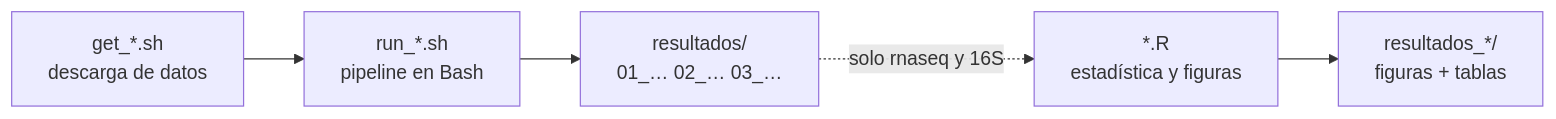
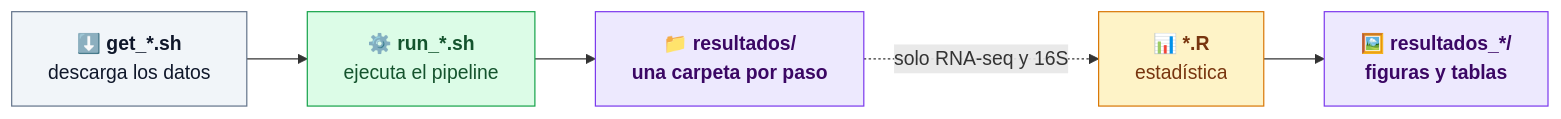
Before and after one commit to AndoniM12/ngs-pipelines: the second of 8 diagrams in README.md, drawn with Mermaid. The commit also changed other lines of this file, not shown here.

First line of the commit message:
Diagramas más visuales en el README y nota sobre emrD

````diff
--- a/README.md
+++ b/README.md
@@ -156,5 +169,16 @@
 ```mermaid
 flowchart LR
-    A["get_*.sh<br/>descarga de datos"] --> B["run_*.sh<br/>pipeline en Bash"] --> C["resultados/<br/>01_… 02_… 03_…"]
-    C -. "solo rnaseq y 16S" .-> D["*.R<br/>estadística y figuras"] --> E["resultados_*/<br/>figuras + tablas"]
+    A["⬇️ <b>get_*.sh</b><br/>descarga los datos"] --> B["⚙️ <b>run_*.sh</b><br/>ejecuta el pipeline"] --> C["📁 <b>resultados/</b><br/>una carpeta por paso"]
+    C -. "solo RNA-seq y 16S" .-> D["📊 <b>*.R</b><br/>estadística"] --> E["🖼️ <b>resultados_*/</b><br/>figuras y tablas"]
+
+    class A dato
+    class B proc
+    class C,E res
+    class D ana
+    classDef dato fill:#f1f5f9,stroke:#64748b,color:#0f172a
+    classDef qc fill:#dbeafe,stroke:#2563eb,color:#1e3a8a
+    classDef proc fill:#dcfce7,stroke:#16a34a,color:#14532d
+    classDef ana fill:#fef3c7,stroke:#d97706,color:#78350f
+    classDef inter fill:#fce7f3,stroke:#db2777,color:#831843
+    classDef res fill:#ede9fe,stroke:#7c3aed,color:#3b0764,font-weight:bold
 ```
````
